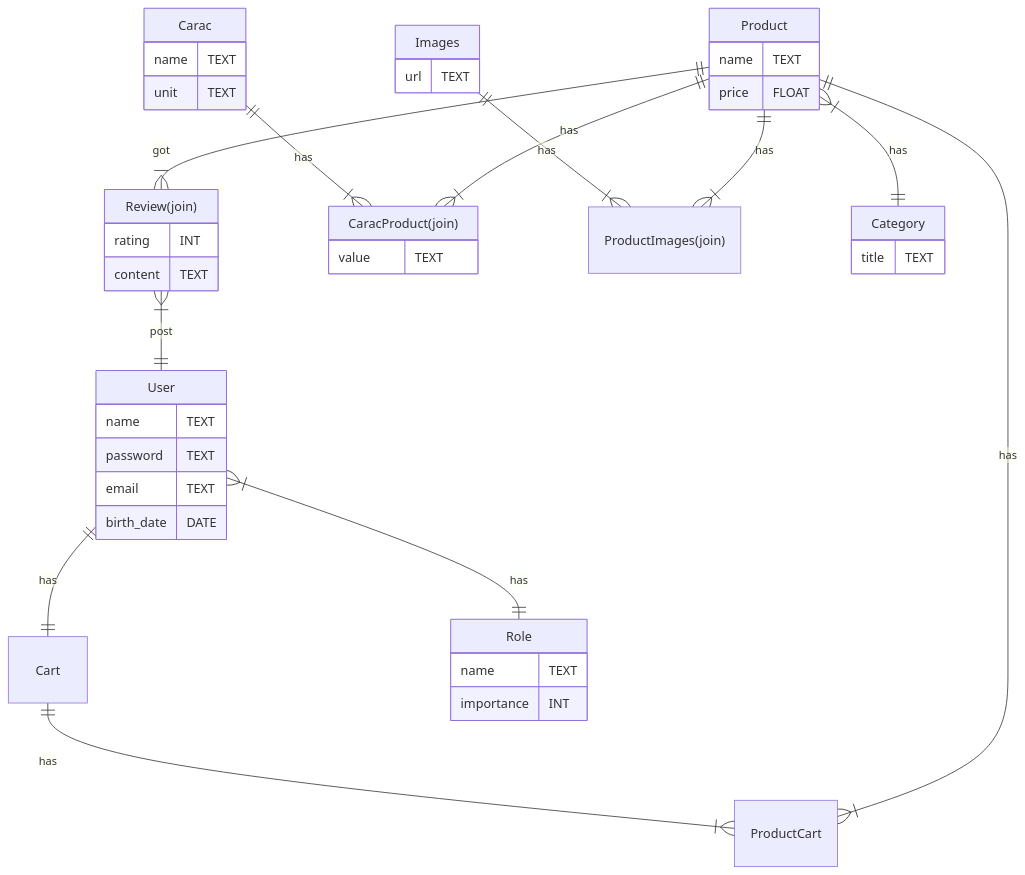
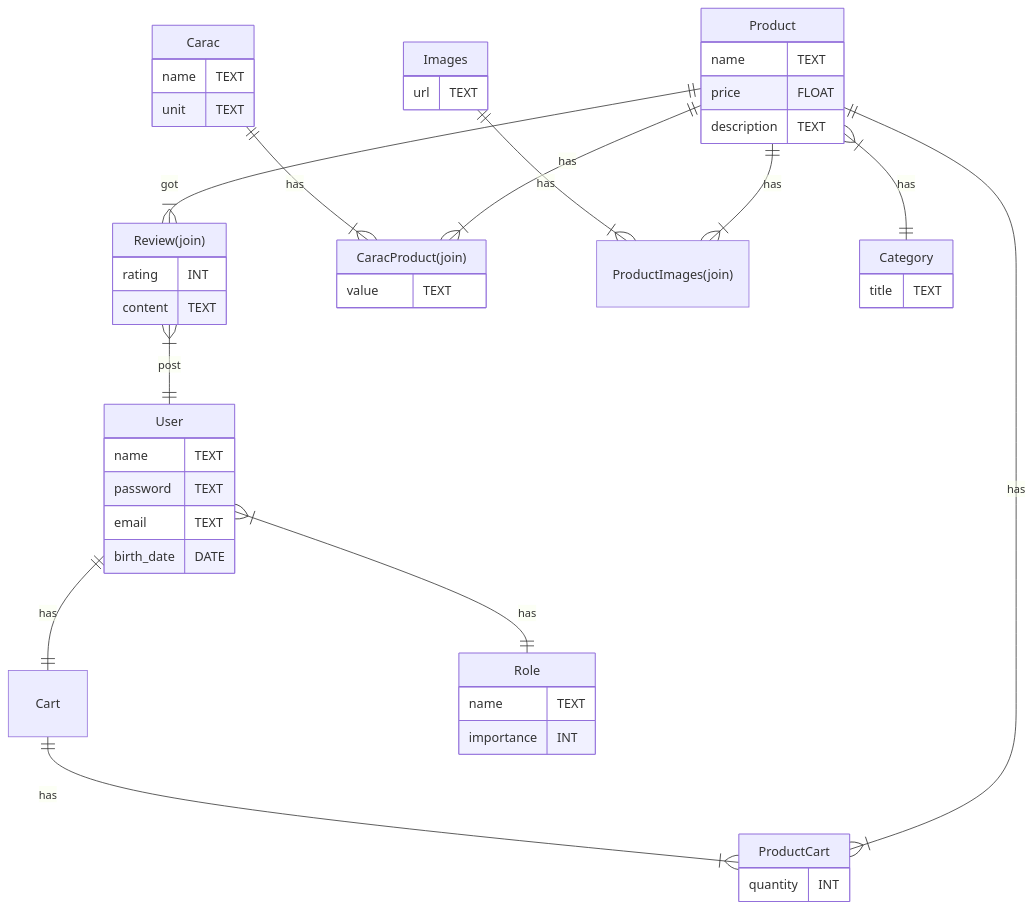
Before and after one commit to CHAOUCHI/parcours_cda: the second of 2 diagrams in NodeJS/sequelize/relation/Projet boutique.md, drawn with Mermaid. The commit also changed other lines of this file and 24 other files, not shown here.

````diff
--- a/NodeJS/sequelize/relation/Projet boutique.md
+++ b/NodeJS/sequelize/relation/Projet boutique.md
@@ -30,55 +30,59 @@
 ```mermaid
 erDiagram
     Product{
         name TEXT
         price FLOAT
+        description TEXT
     }
     Review["Review(join)"]{
         rating INT
         content TEXT
     }
     Cart{
 
     }
     User{
         name TEXT
         password TEXT
         email TEXT
         birth_date DATE
     }
     Carac{
         name TEXT
         unit TEXT
     }
     Images{
         url TEXT
     }
     Role{
         name TEXT
         importance INT
     }
     CaracProduct["CaracProduct(join)"]{
         value TEXT
     }
     ProductImages["ProductImages(join)"]
     Category{
         title TEXT
     }
-    
+    ProductCart{
+        quantity INT
+    }
+
     Product }|--|| Category : has
 
     Product ||--|{ Review : got
     Review }|--|| User : post
     
     Product ||--|{ ProductImages : has
     Images ||--|{ ProductImages : has
     
     Product ||--|{ CaracProduct : has
     Carac ||--|{ CaracProduct : has
     
     Product ||--|{ ProductCart : has
     Cart ||--|{ ProductCart : has
 
     User ||--|| Cart : has
     User }|--|| Role : has
 ```
````
